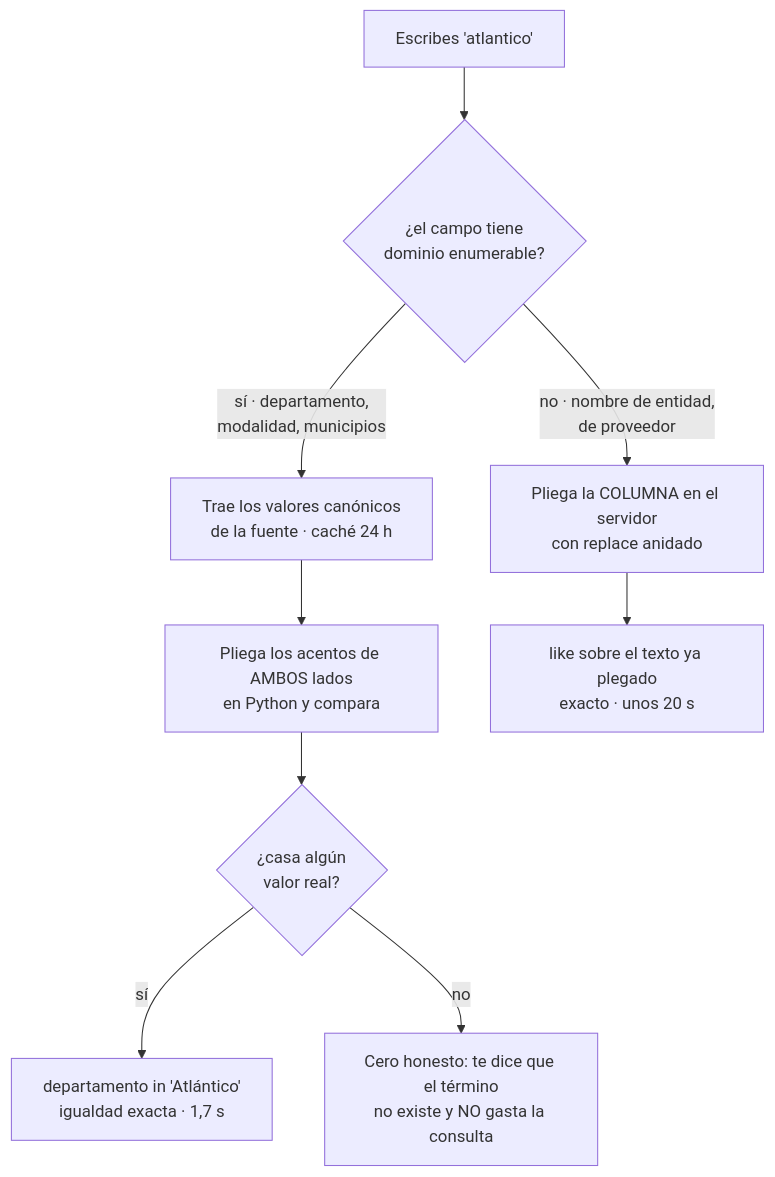
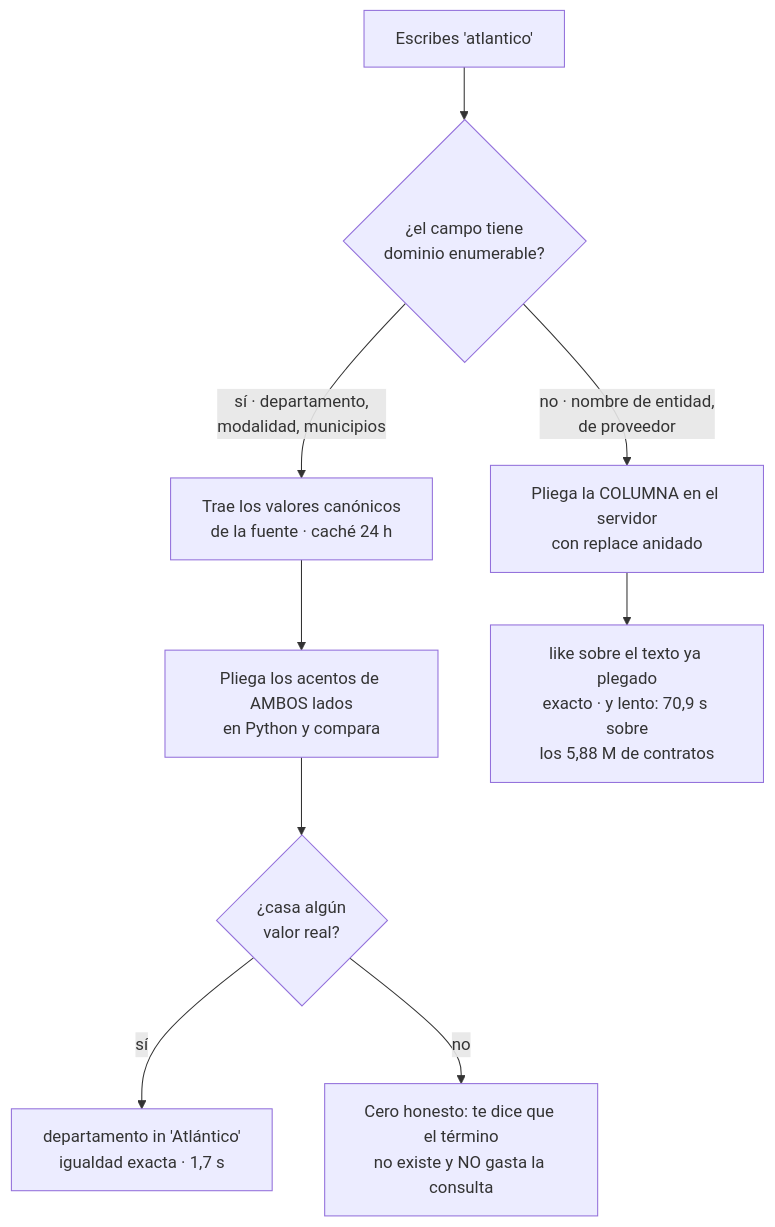
Before and after one commit to manuelcastiblan/colombia-datos-mcp: the diagram in README.md, drawn with Mermaid. The commit also changed 5 other files, not shown here.

First line of the commit message:
Publica 0.17.0 y pone al día los diagramas que el cambio dejó viejos

````diff
--- a/README.md
+++ b/README.md
@@ -657,13 +657,13 @@
 ```mermaid
 flowchart TD
     inicio["Escribes 'atlantico'"] --> tipo{"¿el campo tiene<br/>dominio enumerable?"}
 
     tipo -->|"sí · departamento,<br/>modalidad, municipios"| trae["Trae los valores canónicos<br/>de la fuente · caché 24 h"]
     trae --> compara["Pliega los acentos de AMBOS lados<br/>en Python y compara"]
     compara --> casa{"¿casa algún<br/>valor real?"}
     casa -->|sí| igualdad["departamento in 'Atlántico'<br/>igualdad exacta · 1,7 s"]
     casa -->|no| honesto["Cero honesto: te dice que el término<br/>no existe y NO gasta la consulta"]
 
     tipo -->|"no · nombre de entidad,<br/>de proveedor"| servidor["Pliega la COLUMNA en el servidor<br/>con replace anidado"]
-    servidor --> subcadena["like sobre el texto ya plegado<br/>exacto · unos 20 s"]
+    servidor --> subcadena["like sobre el texto ya plegado<br/>exacto · y lento: 70,9 s sobre<br/>los 5,88 M de contratos"]
 ```
````
